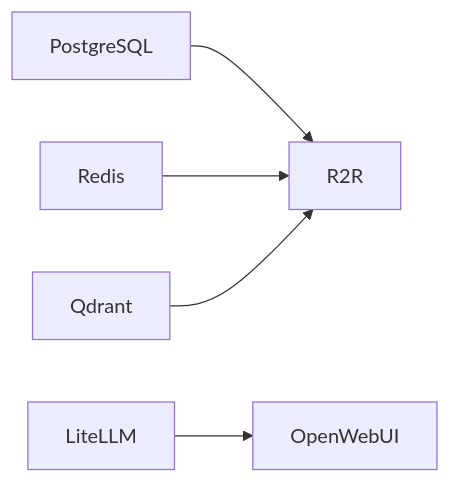
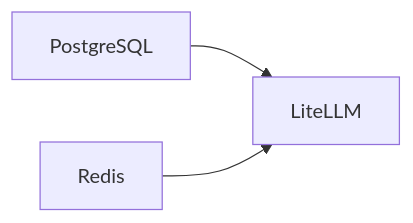
One commit to nanocreek/llm-stack changed the second of 2 diagrams in plans/railway-template-architecture.md. Above: the diagram before and after it, drawn with Mermaid. The commit also changed other lines of this file and 60 other files, not shown here.

Commit message:
refactor: simplify to LiteLLM + PostgreSQL + Redis only

````diff
--- a/plans/railway-template-architecture.md
+++ b/plans/railway-template-architecture.md
@@ -119,7 +75,5 @@
 ```mermaid
 graph LR
-    PG[PostgreSQL] --> R2R
-    RD[Redis] --> R2R
-    QD[Qdrant] --> R2R
-    LL[LiteLLM] --> OW[OpenWebUI]
+    PG[PostgreSQL] --> LL[LiteLLM]
+    RD[Redis] --> LL
 ```
````
